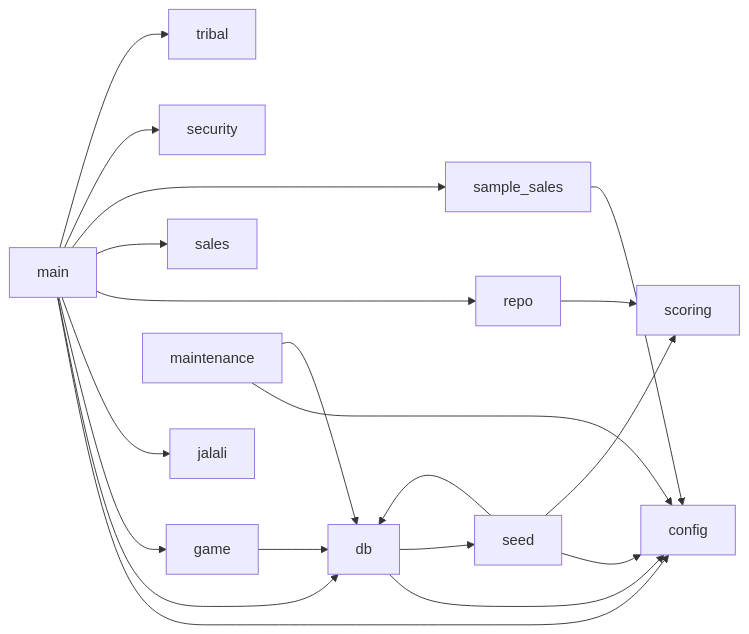
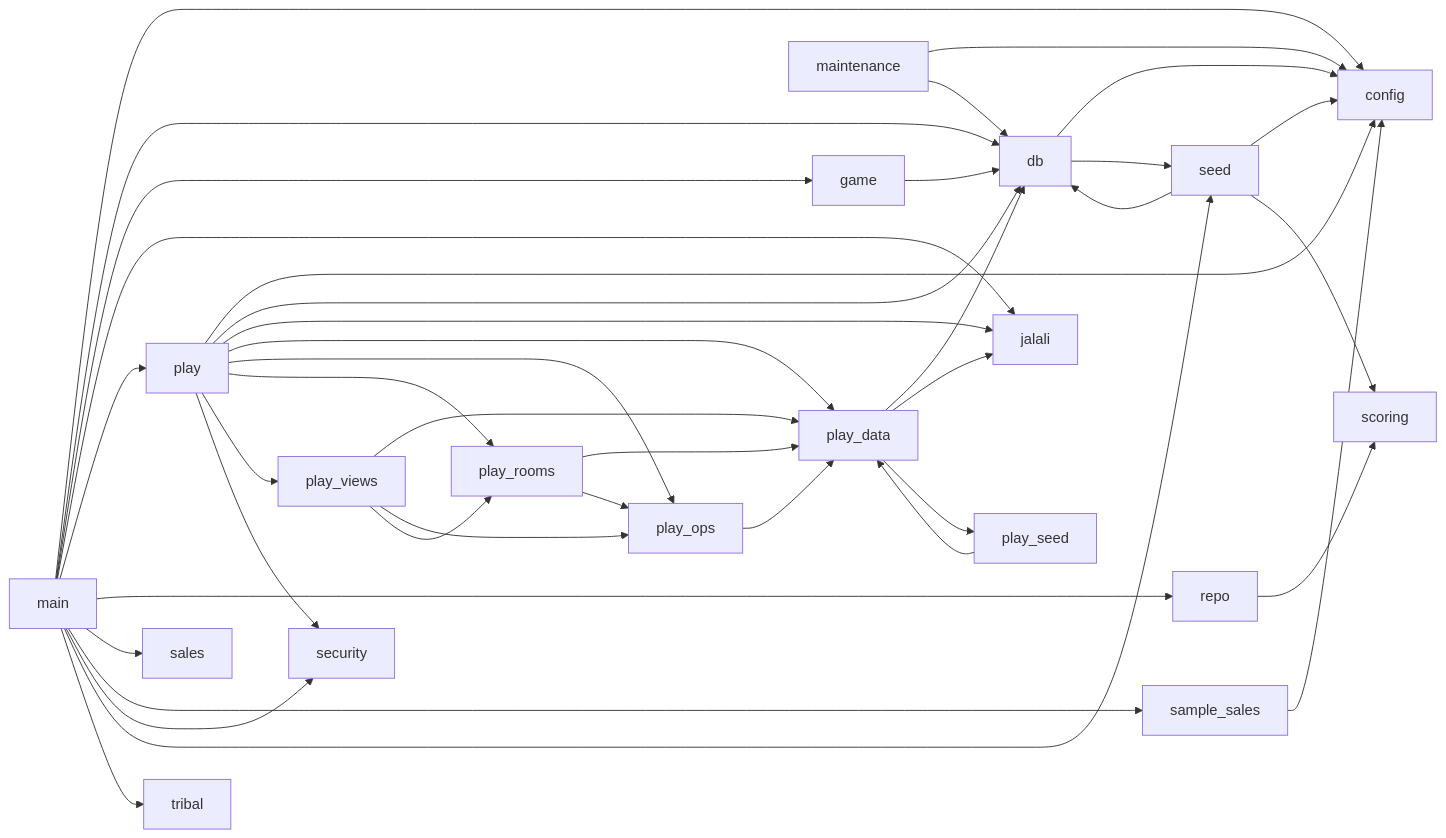
Before and after one commit to iciiex/comu-center: the diagram in docs/agent-guide/code-map.md, drawn with Mermaid. The commit also changed other lines of this file and 66 other files, not shown here.

````diff
--- a/docs/agent-guide/code-map.md
+++ b/docs/agent-guide/code-map.md
@@ -47,22 +53,42 @@
 ```mermaid
 graph LR
     db --> config
     db --> seed
     game --> db
     main --> config
     main --> db
     main --> game
     main --> jalali
+    main --> play
     main --> repo
     main --> sales
     main --> sample_sales
     main --> security
+    main --> seed
     main --> tribal
     maintenance --> config
     maintenance --> db
+    play --> config
+    play --> db
+    play --> jalali
+    play --> play_data
+    play --> play_ops
+    play --> play_rooms
+    play --> play_views
+    play --> security
+    play_data --> db
+    play_data --> jalali
+    play_data --> play_seed
+    play_ops --> play_data
+    play_rooms --> play_data
+    play_rooms --> play_ops
+    play_seed --> play_data
+    play_views --> play_data
+    play_views --> play_ops
+    play_views --> play_rooms
     repo --> scoring
     sample_sales --> config
     seed --> config
     seed --> db
     seed --> scoring
 ```
````
